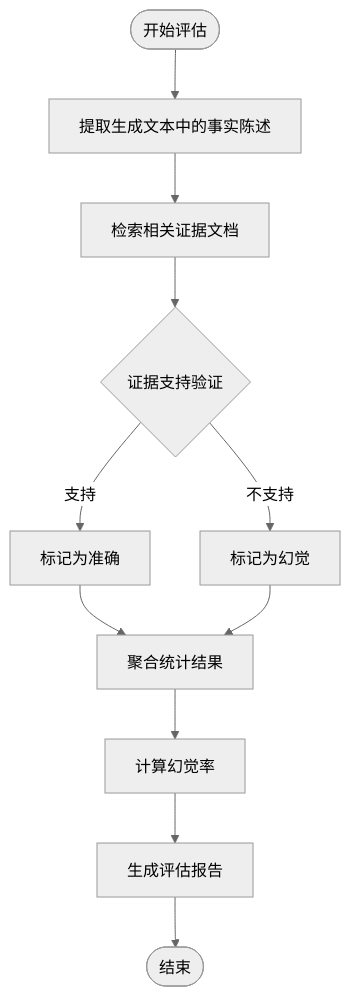
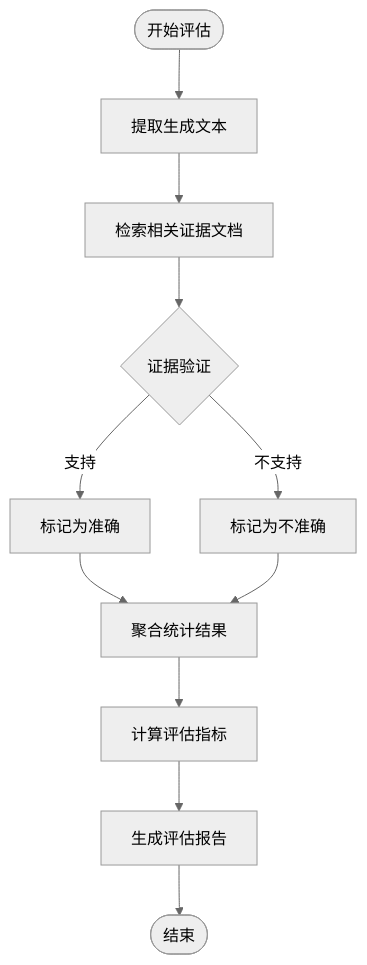
The third of 6 diagrams in .qoder/repowiki/zh/content/技术实现指南/评估指标实现.md (kitee0918/-nlp-rag-project), drawn with Mermaid (neutral theme) before and after one commit. The commit also changed other lines of this file and 9 other files, not shown here.

````diff
--- a/.qoder/repowiki/zh/content/技术实现指南/评估指标实现.md
+++ b/.qoder/repowiki/zh/content/技术实现指南/评估指标实现.md
@@ -174,13 +149,13 @@
 ```mermaid
 flowchart TD
-Start([开始评估]) --> Extract["提取生成文本中的事实陈述"]
+Start([开始评估]) --> Extract["提取生成文本"]
 Extract --> Evidence["检索相关证据文档"]
-Evidence --> Verify{"证据支持验证"}
+Evidence --> Verify{"证据验证"}
 Verify --> |支持| Accurate["标记为准确"]
-Verify --> |不支持| Hallucination["标记为幻觉"]
+Verify --> |不支持| Inaccurate["标记为不准确"]
 Accurate --> Aggregate["聚合统计结果"]
-Hallucination --> Aggregate
-Aggregate --> Rate["计算幻觉率"]
+Inaccurate --> Aggregate
+Aggregate --> Rate["计算评估指标"]
 Rate --> Report["生成评估报告"]
 Report --> End([结束])
 ```
````
